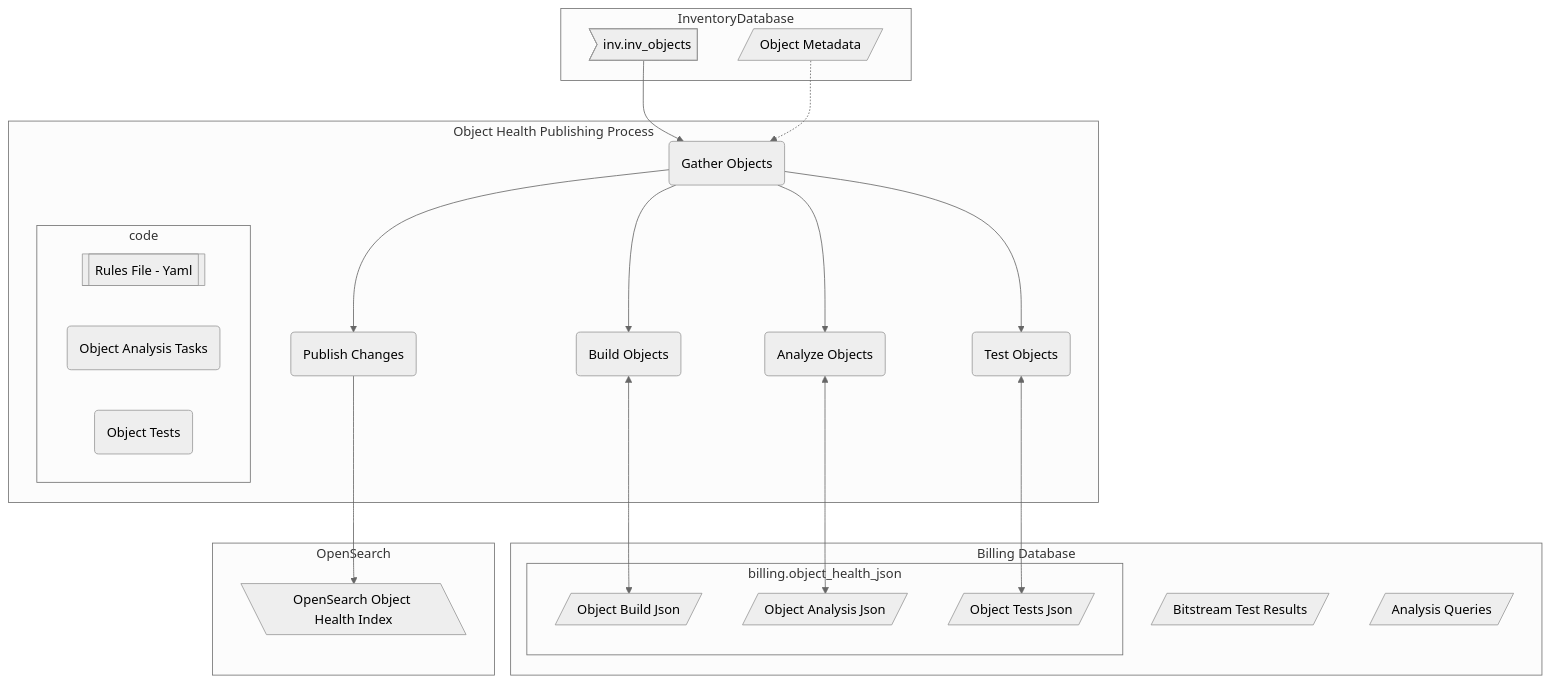
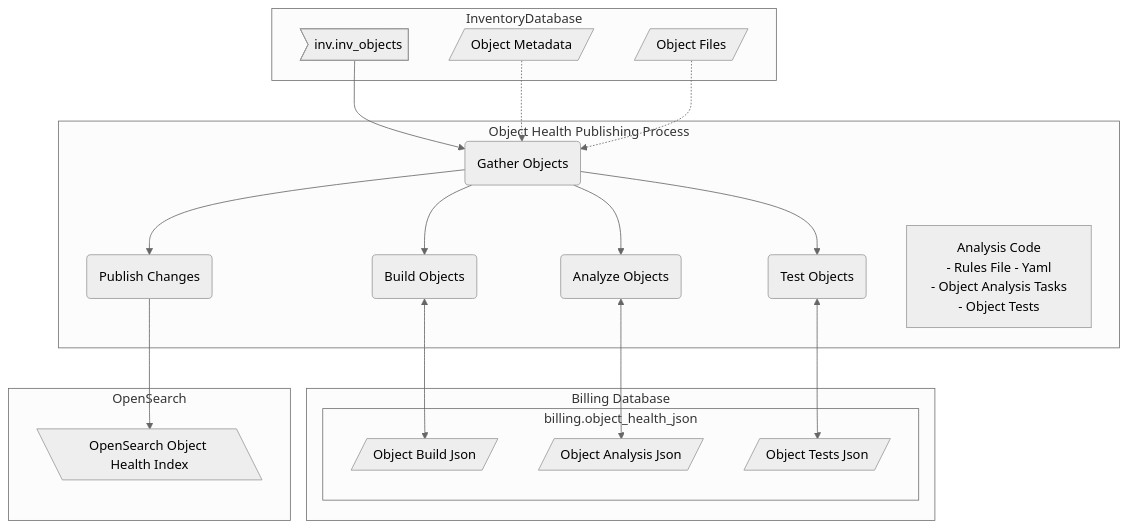
One commit to CDLUC3/mrt-cron changed the first of 2 diagrams in coll-health-obj-analysis/README.md. Above: the diagram before and after it, drawn with Mermaid (neutral theme). The commit also changed other lines of this file and 1 other file, not shown here.

````diff
--- a/coll-health-obj-analysis/README.md
+++ b/coll-health-obj-analysis/README.md
@@ -48,41 +48,41 @@
 ```mermaid
   graph TD;
       subgraph Object Health Publishing Process
         GATHER(Gather Objects)
         BUILD(Build Objects)
         ANALYZE(Analyze Objects)
         TEST(Test Objects)
         Publish(Publish Changes)
-        subgraph code
-          YAML[[Rules File - Yaml]]
-          OAT(Object Analysis Tasks)
-          OT(Object Tests)
-        end
+        CODE["Analysis Code
+          - Rules File - Yaml
+          - Object Analysis Tasks
+          - Object Tests
+        "]
       end
       subgraph InventoryDatabase
         INVO>inv.inv_objects]
         OM[/Object Metadata/]
+        OF[/Object Files/]
       end
       subgraph Billing Database 
         subgraph billing.object_health_json
           JB[/Object Build Json/]
           JA[/Object Analysis Json/]
           JT[/Object Tests Json/]
         end
-        BT[/Bitstream Test Results/]
-        AQ[/Analysis Queries/]
       end
       subgraph OpenSearch
         OSOH[\OpenSearch Object Health Index\]
       end
       INVO-->GATHER
       OM-.->GATHER
+      OF-.->GATHER
       GATHER-->BUILD
       GATHER-->ANALYZE
       GATHER-->TEST
       BUILD<-->JB
       ANALYZE<-->JA
       TEST<-->JT
       GATHER-->Publish
       Publish-->OSOH
 ```
````
